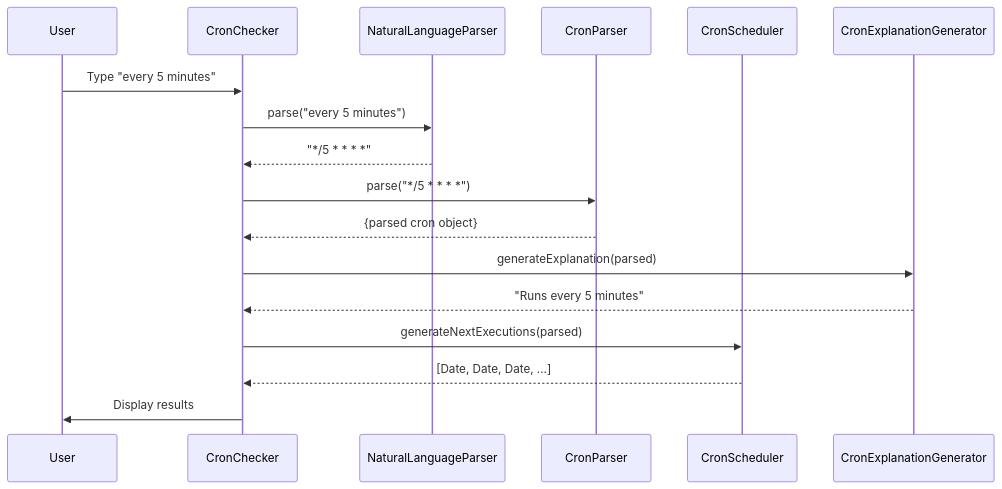
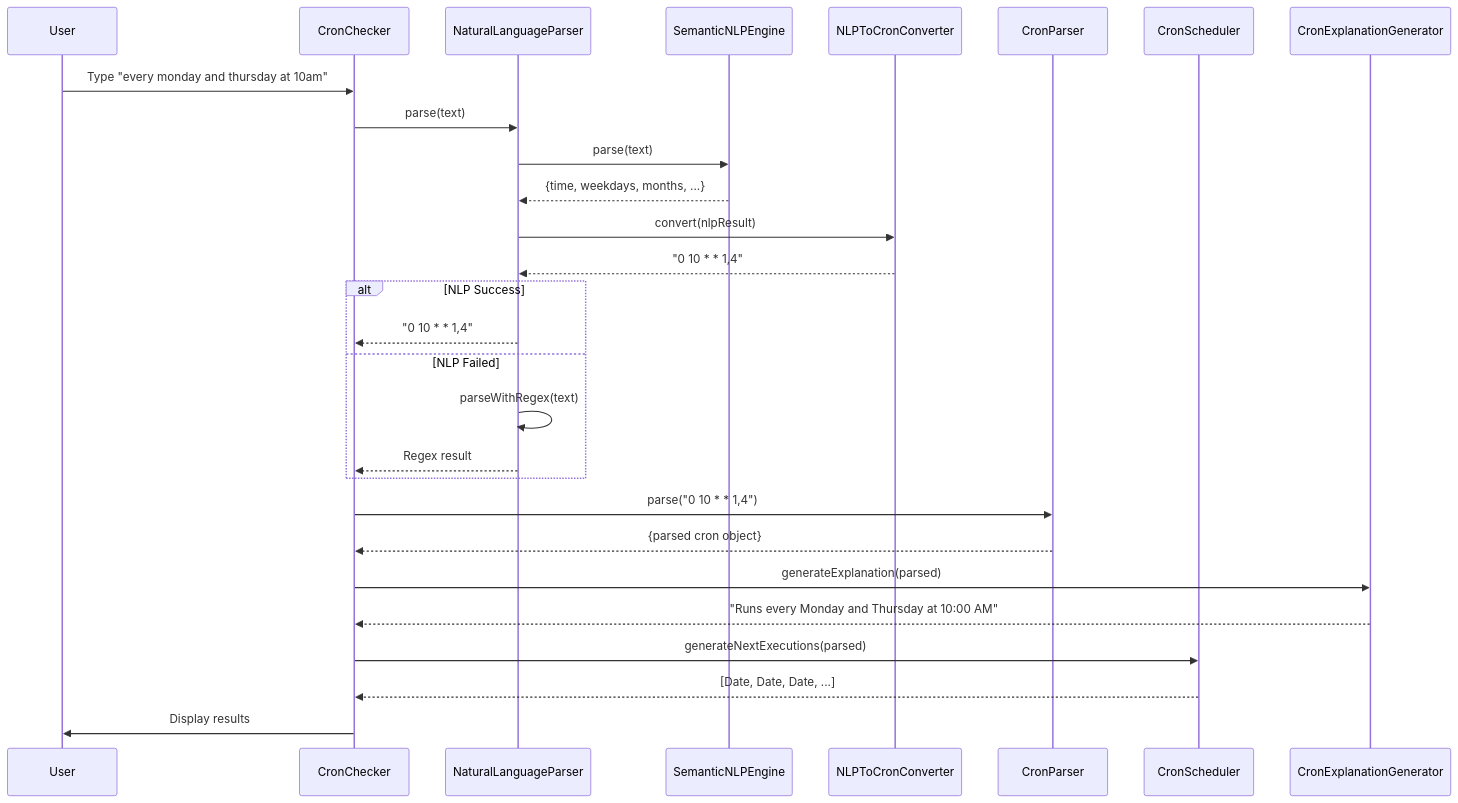
One commit to malekandrew/cronflow changed the second of 2 diagrams in README.md. Above: the diagram before and after it, drawn with Mermaid. The commit also changed other lines of this file and 12 other files, not shown here.

````diff
--- a/README.md
+++ b/README.md
@@ -143,20 +181,31 @@
 ```mermaid
 sequenceDiagram
     participant U as User
     participant UI as CronChecker
     participant NL as NaturalLanguageParser
+    participant SE as SemanticNLPEngine
+    participant NC as NLPToCronConverter
     participant CP as CronParser
     participant CS as CronScheduler
     participant CE as CronExplanationGenerator
     
-    U->>UI: Type "every 5 minutes"
-    UI->>NL: parse("every 5 minutes")
-    NL-->>UI: "*/5 * * * *"
-    UI->>CP: parse("*/5 * * * *")
+    U->>UI: Type "every monday and thursday at 10am"
+    UI->>NL: parse(text)
+    NL->>SE: parse(text)
+    SE-->>NL: {time, weekdays, months, ...}
+    NL->>NC: convert(nlpResult)
+    NC-->>NL: "0 10 * * 1,4"
+    alt NLP Success
+        NL-->>UI: "0 10 * * 1,4"
+    else NLP Failed
+        NL->>NL: parseWithRegex(text)
+        NL-->>UI: Regex result
+    end
+    UI->>CP: parse("0 10 * * 1,4")
     CP-->>UI: {parsed cron object}
     UI->>CE: generateExplanation(parsed)
-    CE-->>UI: "Runs every 5 minutes"
+    CE-->>UI: "Runs every Monday and Thursday at 10:00 AM"
     UI->>CS: generateNextExecutions(parsed)
     CS-->>UI: [Date, Date, Date, ...]
     UI->>U: Display results
 ```
````
